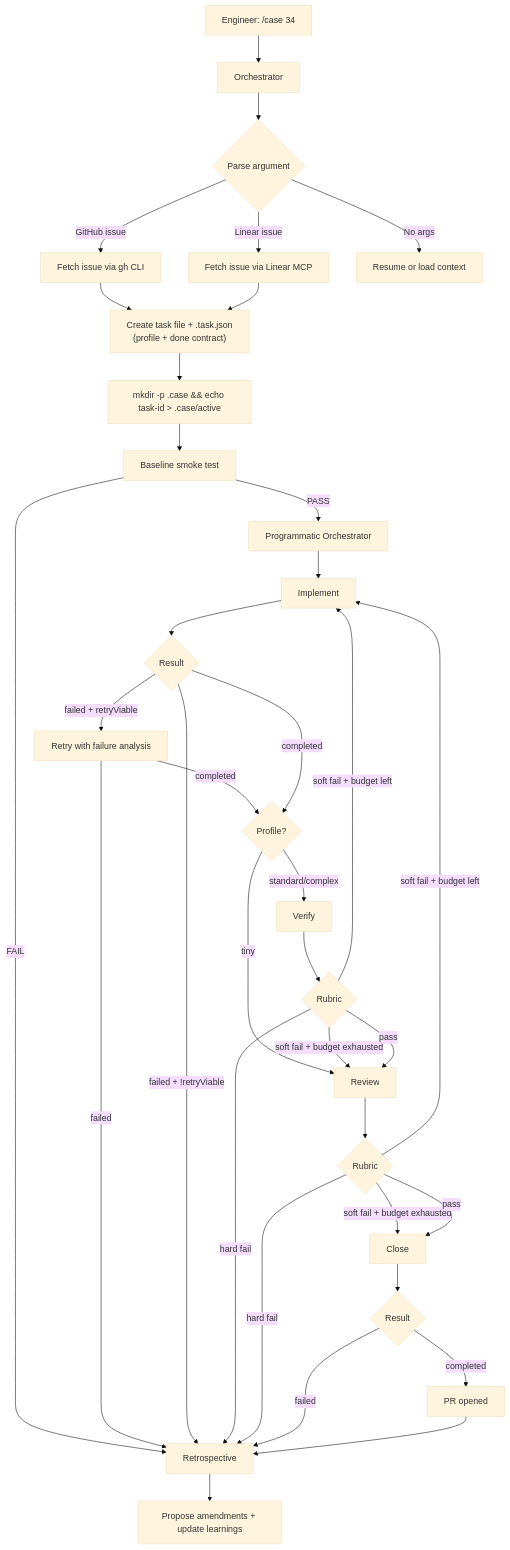
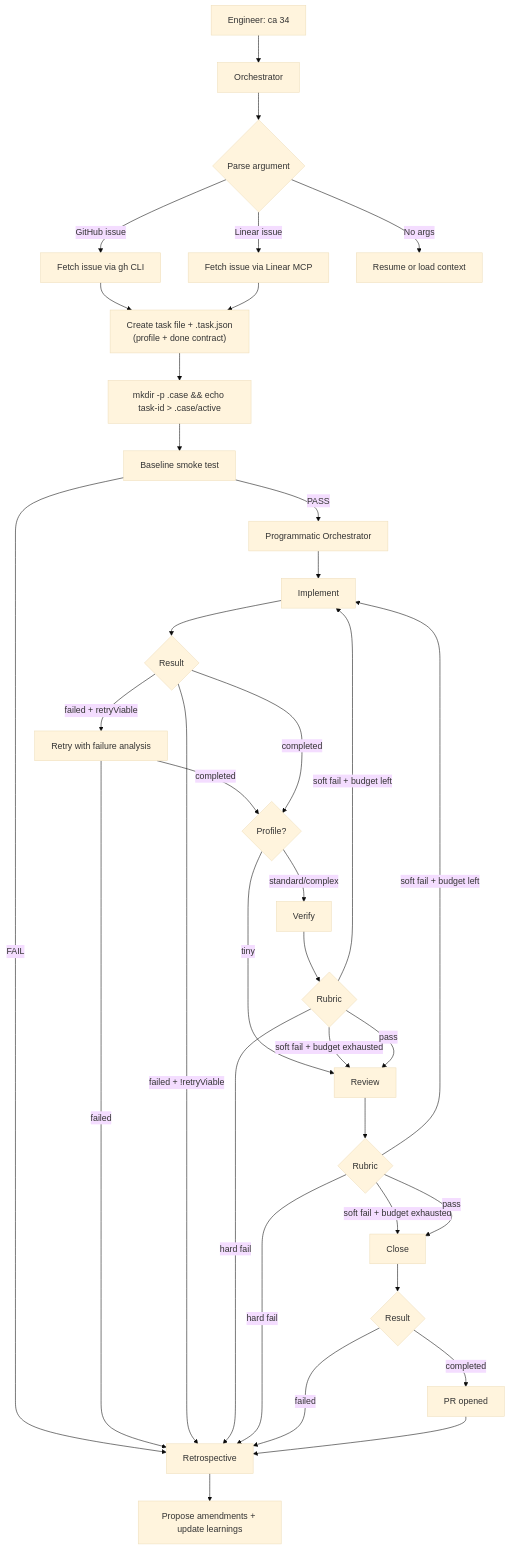
The first of 2 diagrams in README.md (workos/case), drawn with Mermaid (base theme) before and after one commit. The commit also changed other lines of this file and 7 other files, not shown here.

````diff
--- a/README.md
+++ b/README.md
@@ -63,45 +56,45 @@
 ```mermaid
 graph TD
-    A["Engineer: /case 34"] --> B["Orchestrator"]
+    A["Engineer: ca 34"] --> B["Orchestrator"]
     B --> C{Parse argument}
     C -->|GitHub issue| D["Fetch issue via gh CLI"]
     C -->|Linear issue| E["Fetch issue via Linear MCP"]
     C -->|No args| F["Resume or load context"]
 
     D --> G["Create task file + .task.json\n(profile + done contract)"]
     E --> G
     G --> H["mkdir -p .case && echo task-id > .case/active"]
     H --> I["Baseline smoke test"]
     I -->|FAIL| RETRO["Retrospective"]
     I -->|PASS| ORCH["Programmatic Orchestrator"]
 
     ORCH --> J["Implement"]
     J --> K{"Result"}
     K -->|failed + retryViable| J2["Retry with failure analysis"]
     J2 -->|failed| RETRO
     J2 -->|completed| L{"Profile?"}
     K -->|completed| L
     K -->|failed + !retryViable| RETRO
 
     L -->|tiny| N["Review"]
     L -->|standard/complex| M["Verify"]
 
     M --> MR{"Rubric"}
     MR -->|hard fail| RETRO
     MR -->|soft fail + budget left| J
     MR -->|soft fail + budget exhausted| N
     MR -->|pass| N
 
     N --> O{"Rubric"}
     O -->|hard fail| RETRO
     O -->|soft fail + budget left| J
     O -->|soft fail + budget exhausted| P["Close"]
     O -->|pass| P
 
     P --> Q{"Result"}
     Q -->|failed| RETRO
     Q -->|completed| R["PR opened"]
 
     R --> RETRO
     RETRO --> S["Propose amendments + update learnings"]
 ```
````
